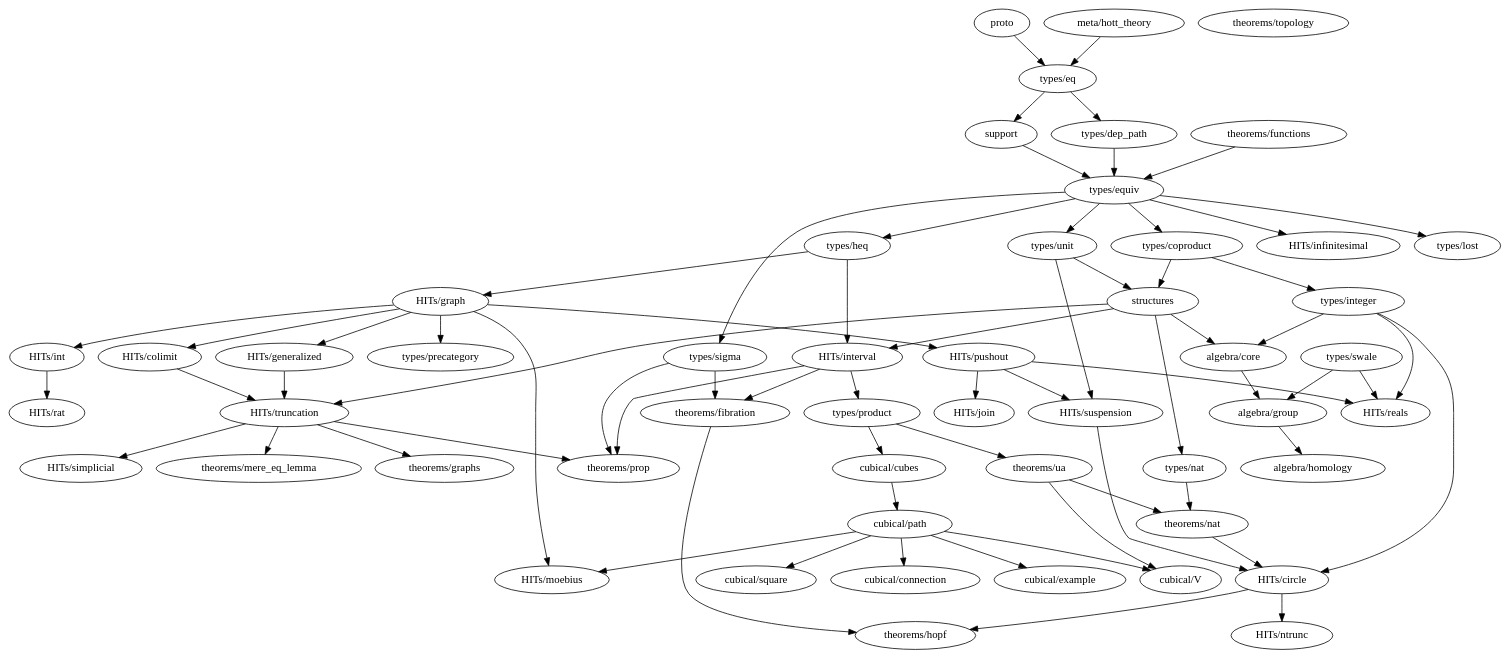
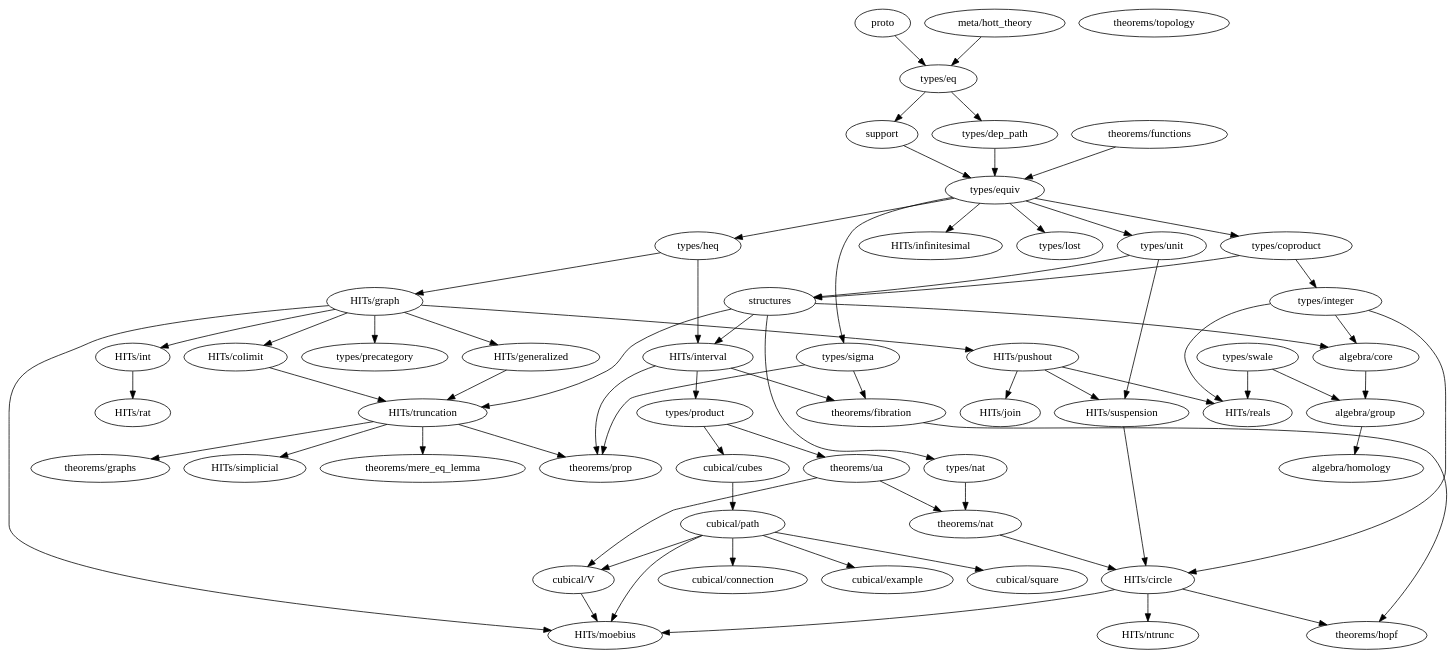
One commit to forked-from-1kasper/ground_zero changed the diagram in dependency_map.gv. Above: the diagram before and after it, drawn with Graphviz. The commit also changed 6 other files, not shown here.

```diff
--- a/dependency_map.gv
+++ b/dependency_map.gv
@@ -1,108 +1,108 @@
 digraph dependency_map {
   proto -> "types/eq"
   "meta/hott_theory" -> "types/eq"
   support -> "types/equiv"
   structures -> {
     "HITs/interval",
     "HITs/truncation",
     "algebra/core",
     "types/nat"
   }
 
   subgraph algebra {
     "algebra/core" -> "algebra/group"
     "algebra/group" -> "algebra/homology"
     "algebra/homology"
   }
 
   subgraph types {
     "types/coproduct" -> { "types/integer", structures }
     "types/dep_path" -> "types/equiv"
     "types/eq" -> { "types/dep_path", support }
     "types/equiv" -> {
       "types/heq",
       "HITs/infinitesimal",
       "types/coproduct",
       "types/lost",
       "types/unit",
       "types/sigma"
     }
     "types/heq" -> {
       "HITs/interval",
       "HITs/graph"
     }
     "types/integer" -> { "HITs/circle", "HITs/reals", "algebra/core" }
     "types/lost"
     "types/nat" -> { "theorems/nat" }
     "types/product" -> { "cubical/cubes", "theorems/ua" }
     "types/sigma" -> { "theorems/fibration", "theorems/prop" }
     "types/swale" -> { "HITs/reals", "algebra/group" }
     "types/unit" -> { structures, "HITs/suspension" }
   }
 
   subgraph HITs {
-    "HITs/circle" -> { "HITs/ntrunc", "theorems/hopf" }
+    "HITs/circle" -> { "HITs/ntrunc", "theorems/hopf", "HITs/moebius" }
     "HITs/colimit" -> "HITs/truncation"
     "HITs/generalized" -> "HITs/truncation"
     "HITs/graph" -> {
       "HITs/colimit",
       "HITs/generalized",
       "HITs/int",
       "HITs/pushout",
       "HITs/moebius",
       "types/precategory"
     }
     "HITs/infinitesimal"
     "HITs/int" -> "HITs/rat"
     "HITs/interval" -> {
       "types/product",
       "theorems/prop",
       "theorems/fibration"
     }
     "HITs/join"
     "HITs/moebius"
     "HITs/ntrunc"
     "HITs/pushout" -> {
       "HITs/join",
       "HITs/reals",
       "HITs/suspension"
     }
     "HITs/rat"
     "HITs/reals"
     "HITs/simplicial"
     "HITs/suspension" -> "HITs/circle"
     "HITs/truncation" -> {
       "theorems/mere_eq_lemma",
       "theorems/prop",
       "theorems/graphs",
       "HITs/simplicial"
     }
   }
 
   subgraph cubical {
     "cubical/connection"
     "cubical/cubes" -> "cubical/path"
     "cubical/example"
     "cubical/path" -> {
       "cubical/square",
       "cubical/example",
       "cubical/V",
       "cubical/connection",
       "HITs/moebius"
     }
     "cubical/square"
-    "cubical/V"
+    "cubical/V" -> "HITs/moebius"
   }
 
   subgraph theorems {
     "theorems/fibration" -> { "theorems/hopf" }
     "theorems/functions" -> { "types/equiv" }
     "theorems/graphs"
     "theorems/hopf"
     "theorems/mere_eq_lemma"
     "theorems/nat" -> { "HITs/circle" }
     "theorems/prop"
     "theorems/topology"
     "theorems/ua" -> { "theorems/nat", "cubical/V" }
   }
 }
```
